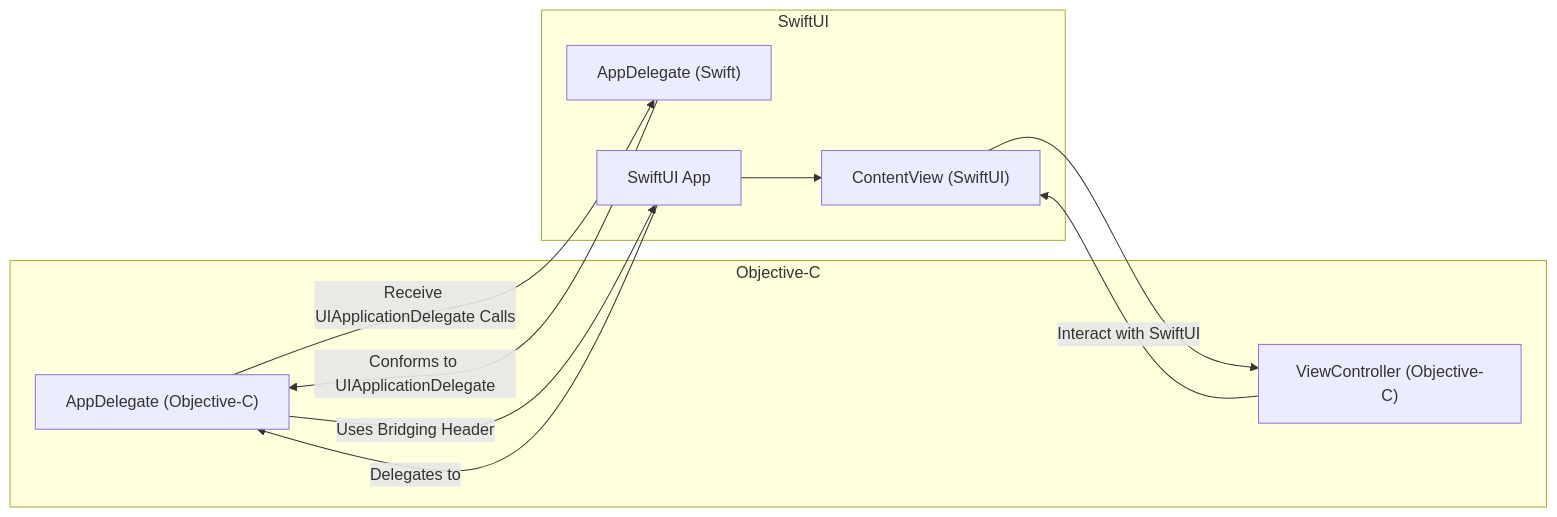
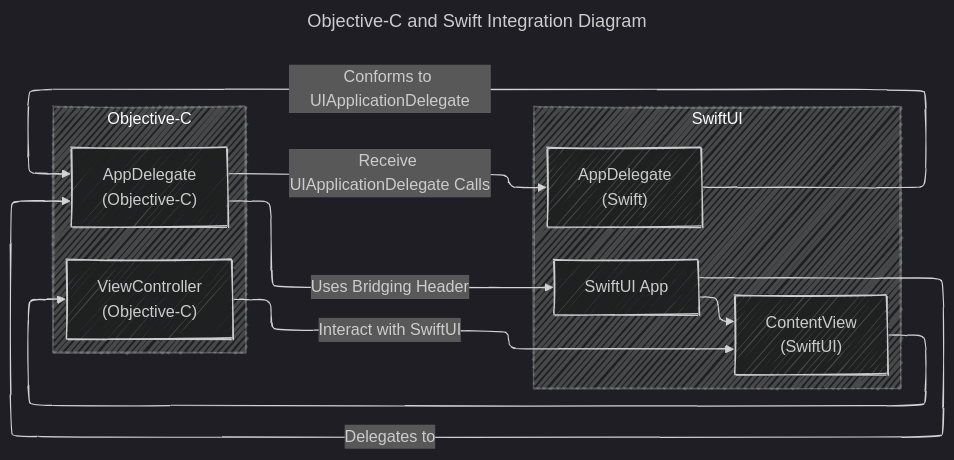
The diagram in iOS_app_and_view_lifecycle/Objective-C_and_SwiftUI_Integration.md (CongLeSolutionX/iOS-development-vault), drawn with Mermaid before and after one commit. The commit also changed 8 other files, not shown here.

````diff
--- a/iOS_app_and_view_lifecycle/Objective-C_and_SwiftUI_Integration.md
+++ b/iOS_app_and_view_lifecycle/Objective-C_and_SwiftUI_Integration.md
@@ -22,26 +22,32 @@
 ```mermaid
-%% Objective-C and Swift Integration Diagram
+---
+title: Objective-C and Swift Integration Diagram
+config:
+  layout: elk
+  look: handDrawn
+  theme: dark
+---
 graph LR
     subgraph Objective-C
-        AppDelegateObjC["AppDelegate (Objective-C)"]
-        ViewControllerObjC["ViewController (Objective-C)"]
+        AppDelegateObjC["AppDelegate<br>(Objective-C)"]
+        ViewControllerObjC["ViewController<br>(Objective-C)"]
     end
 
     subgraph SwiftUI
-        AppDelegateSwift["AppDelegate (Swift)"]
+        AppDelegateSwift["AppDelegate<br>(Swift)"]
         SwiftUIApplication["SwiftUI App"]
-        ContentView["ContentView (SwiftUI)"]
+        ContentView["ContentView<br>(SwiftUI)"]
     end
 
     %% Bridging
     AppDelegateObjC -->|Uses Bridging Header| SwiftUIApplication
     AppDelegateSwift -->|Conforms to UIApplicationDelegate| AppDelegateObjC
     ViewControllerObjC -->|Interact with SwiftUI| ContentView
 
     %% Lifecycle Communication
     AppDelegateObjC -->|Receive UIApplicationDelegate Calls| AppDelegateSwift
     SwiftUIApplication -->|Delegates to| AppDelegateObjC
     SwiftUIApplication --> ContentView
     ContentView --> ViewControllerObjC
 
 ```
````
